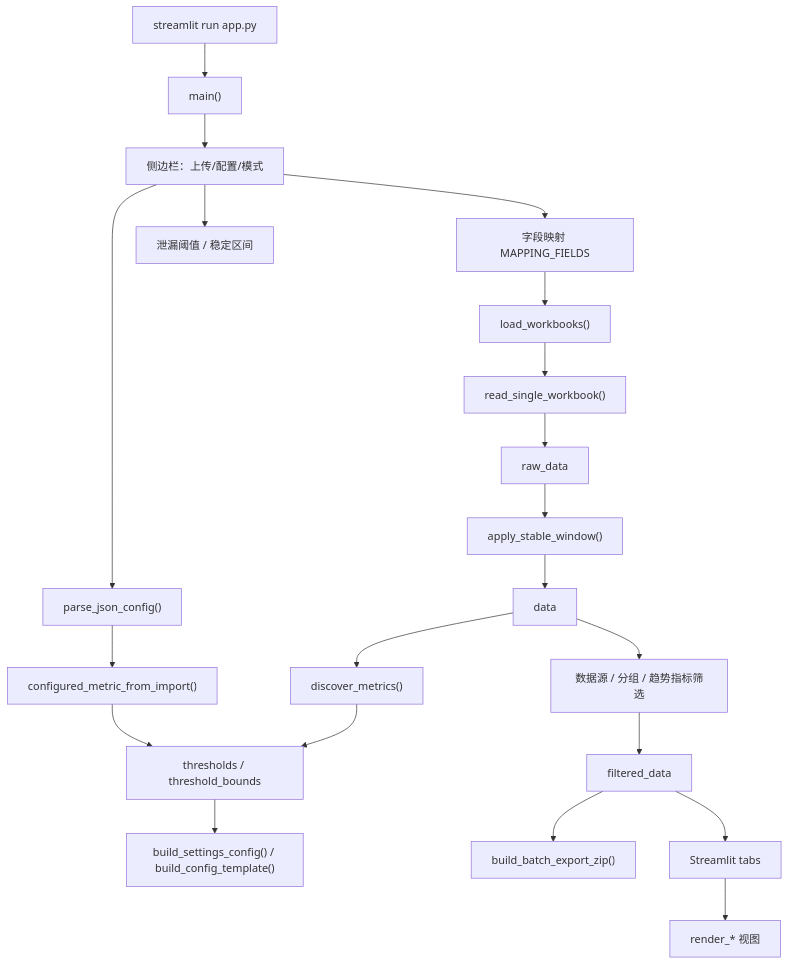
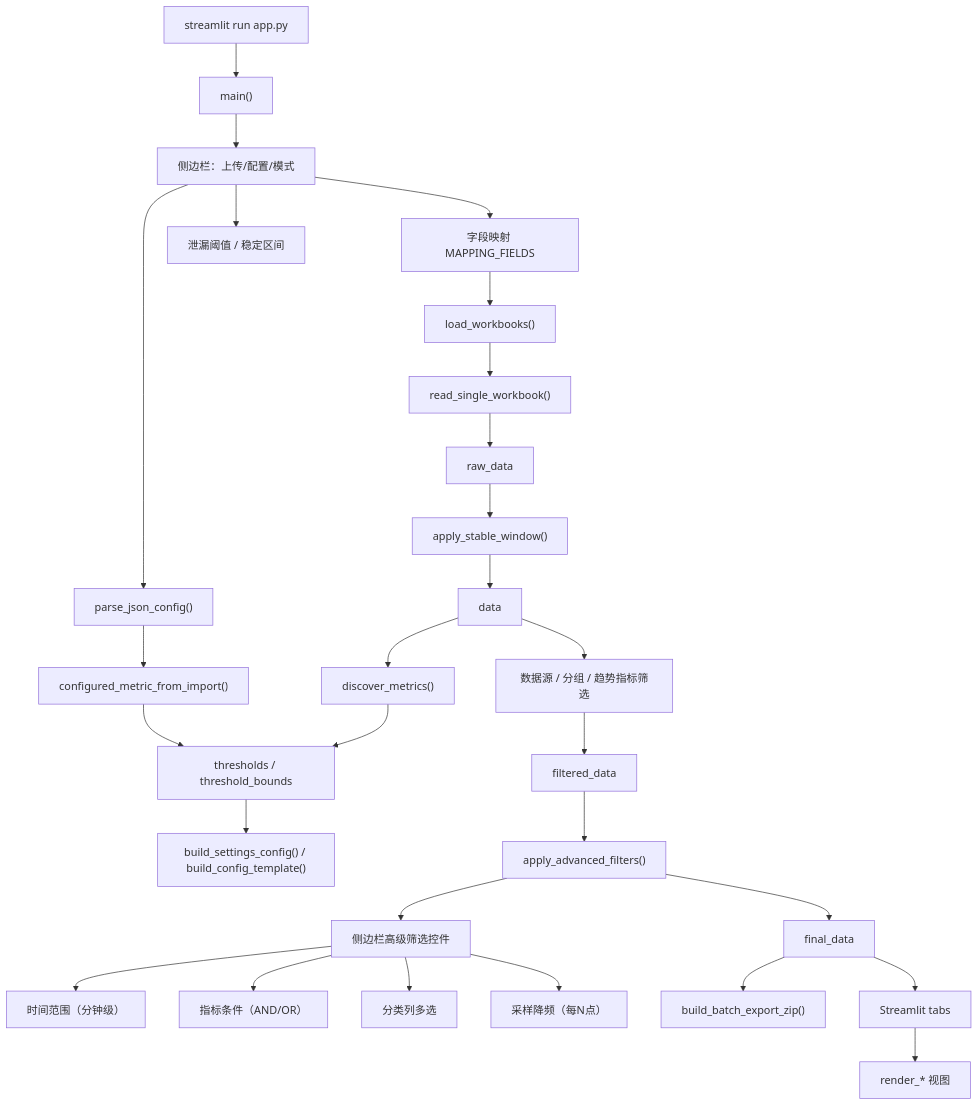
Before and after one commit to EthanCheung-gh/perf-analyzer: the second of 9 diagrams in docs/code-map.md, drawn with Mermaid. The commit also changed other lines of this file and 1 other file, not shown here.

Commit message:
doc: update code-map with advanced filter/report section flows; update README with new features

````diff
--- a/docs/code-map.md
+++ b/docs/code-map.md
@@ -67,28 +67,37 @@
 ```mermaid
 flowchart TD
     Start["streamlit run app.py"] --> Main["main()"]
 
     Main --> Sidebar["侧边栏：上传/配置/模式"]
     Sidebar --> ParseConfig["parse_json_config()"]
     Sidebar --> FieldAliases["字段映射 MAPPING_FIELDS"]
     Sidebar --> AnalysisOptions["泄漏阈值 / 稳定区间"]
 
     FieldAliases --> Load["load_workbooks()"]
     Load --> IO["read_single_workbook()"]
     IO --> RawData["raw_data"]
     RawData --> Stable["apply_stable_window()"]
     Stable --> Data["data"]
 
     Data --> Metrics["discover_metrics()"]
     ParseConfig --> MetricConfig["configured_metric_from_import()"]
     MetricConfig --> Thresholds["thresholds / threshold_bounds"]
     Metrics --> Thresholds
 
     Data --> Filters["数据源 / 分组 / 趋势指标筛选"]
     Thresholds --> ConfigExport["build_settings_config() / build_config_template()"]
     Filters --> Filtered["filtered_data"]
 
-    Filtered --> BatchExport["build_batch_export_zip()"]
-    Filtered --> Tabs["Streamlit tabs"]
+    Filtered --> Advanced["apply_advanced_filters()"]
+    Advanced --> AdvancedUI["侧边栏高级筛选控件"]
+
+    AdvancedUI --> TimeRange["时间范围（分钟级）"]
+    AdvancedUI --> MetricConditions["指标条件（AND/OR）"]
+    AdvancedUI --> Categorical["分类列多选"]
+    AdvancedUI --> Downsample["采样降频（每N点）"]
+
+    Advanced --> FinalData["final_data"]
+    FinalData --> BatchExport["build_batch_export_zip()"]
+    FinalData --> Tabs["Streamlit tabs"]
     Tabs --> Views["render_* 视图"]
 ```
````
